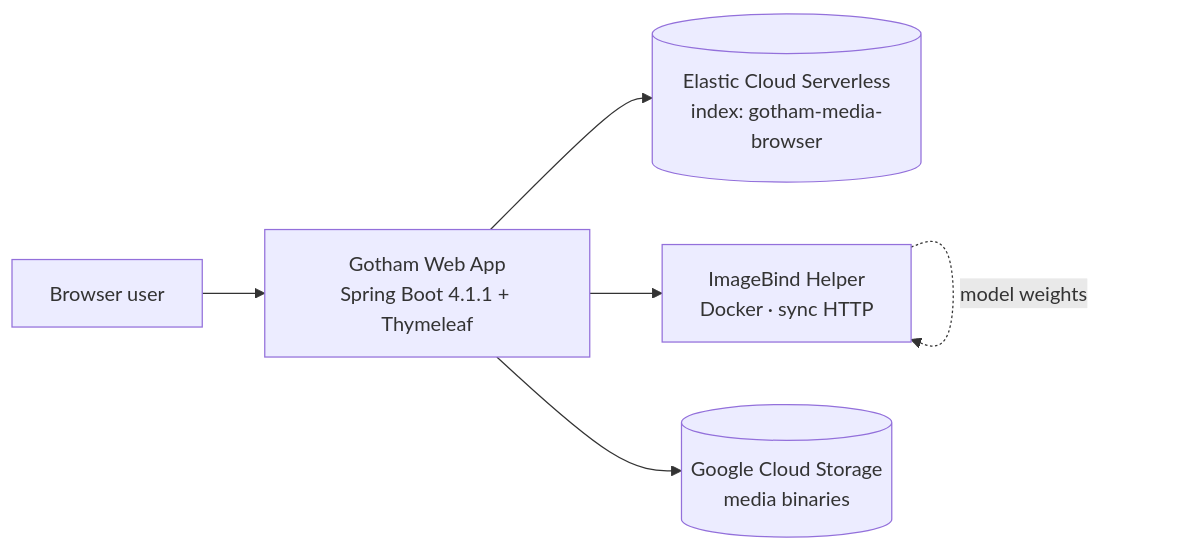
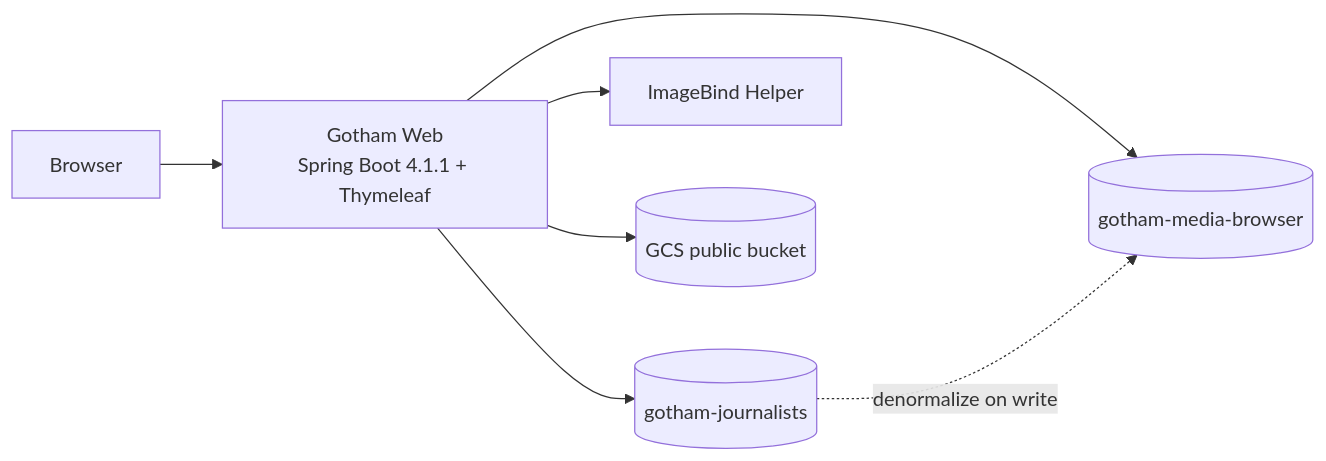
Before and after one commit to bigfito/gotham-media-browser: the diagram in docs/architecture-components.md, drawn with Mermaid. The commit also changed other lines of this file and 6 other files, not shown here.

First line of the commit message:
Align design to ES-only dual-index architecture

````diff
--- a/docs/architecture-components.md
+++ b/docs/architecture-components.md
@@ -27,8 +31,9 @@
 ```mermaid
 flowchart LR
-  U[Browser user] --> WEB[Gotham Web App<br/>Spring Boot 4.1.1 + Thymeleaf]
-  WEB --> ES[(Elastic Cloud Serverless<br/>index: gotham-media-browser)]
-  WEB --> IB[ImageBind Helper<br/>Docker · sync HTTP]
-  WEB --> GCS[(Google Cloud Storage<br/>media binaries)]
-  IB -.model weights.-> IB
+  U[Browser] --> WEB[Gotham Web<br/>Spring Boot 4.1.1 + Thymeleaf]
+  WEB --> JI[(gotham-journalists)]
+  WEB --> AI[(gotham-media-browser)]
+  WEB --> IB[ImageBind Helper]
+  WEB --> GCS[(GCS public bucket)]
+  JI -.->|denormalize on write| AI
 ```
````
